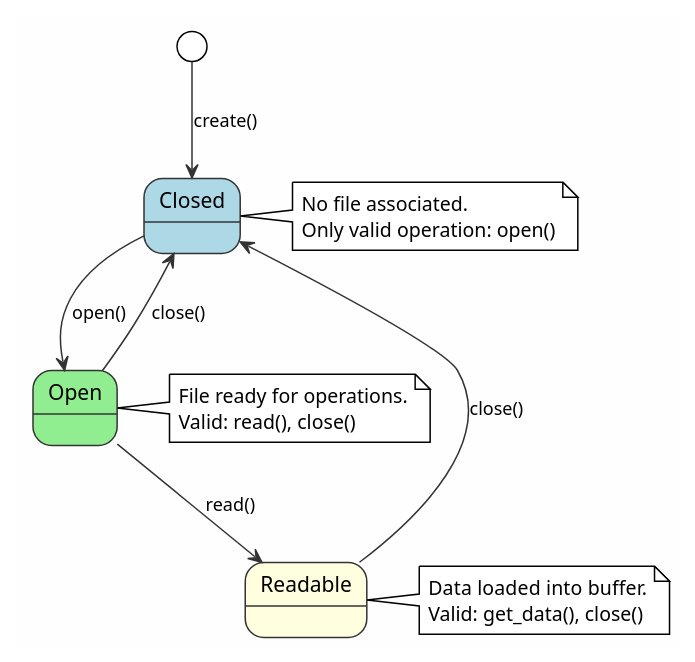
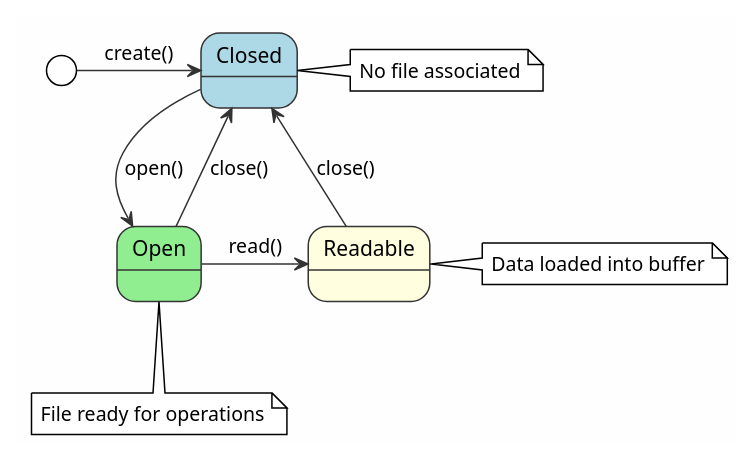
The diagram in paper/puml/state-machine.puml (failpark/zero_cost), drawn with PlantUML before and after one commit. The commit also changed 2 other files, not shown here.

```diff
--- a/paper/puml/state-machine.puml
+++ b/paper/puml/state-machine.puml
@@ -1,48 +1,38 @@
 @startuml state_machine
 !theme plain
 skinparam backgroundColor #FEFEFE
 skinparam state {
 	BackgroundColor #E8E8E8
 	BorderColor #333333
-	FontSize 14
-	FontName Arial
 }
 skinparam arrow {
 	Color #333333
-	FontSize 12
 }
 
-' title File Handle State Machine
-
-[*] --> Closed : create()
+[*] -> Closed : create()
 
 state Closed #LightBlue {
 }
 
 state Open #LightGreen {
 }
 
 state Readable #LightYellow {
 }
 
-Closed --> Open : open()
-Open --> Readable : read()
-Readable --> Closed : close()
+Closed -> Open : open()
+Open -> Readable : read()
+Readable -> Closed : close()
 Open --> Closed : close()
 
 note right of Closed
-  No file associated.
-  Only valid operation: open()
+  No file associated
 end note
 
-note right of Open
-  File ready for operations.
-  Valid: read(), close()
-end note
+note bottom of Open : File ready for operations
 
 note right of Readable
-  Data loaded into buffer.
-  Valid: get_data(), close()
+  Data loaded into buffer
 end note
 
 @enduml
```
